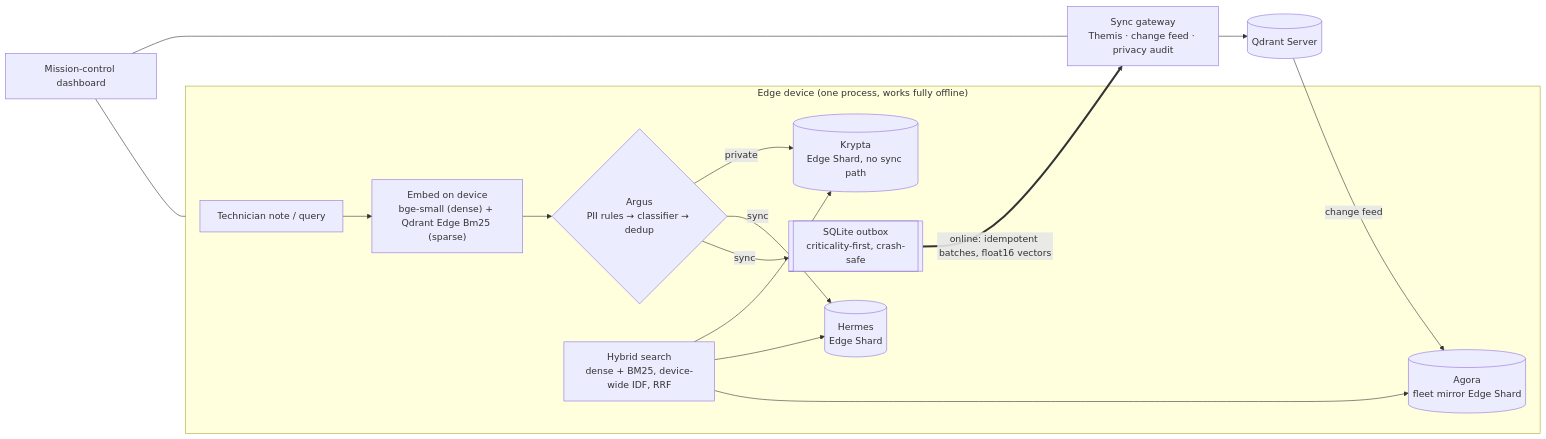
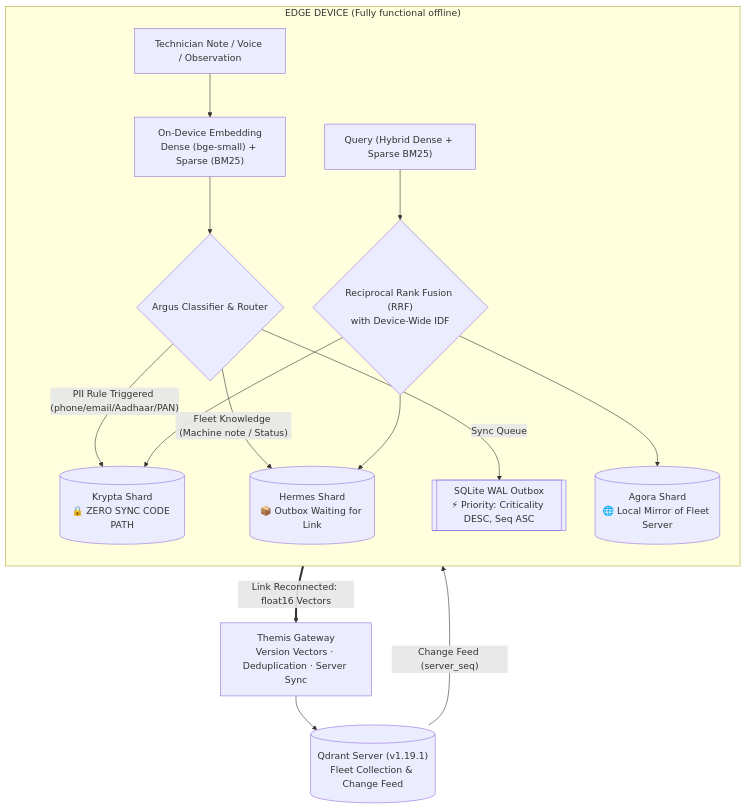
Before and after one commit to SanTiwari07/Smaran: the diagram in README.md, drawn with Mermaid. The commit also changed other lines of this file and 5 other files, not shown here.

````diff
--- a/README.md
+++ b/README.md
@@ -52,17 +56,21 @@
 ```mermaid
-flowchart LR
-  subgraph DEV["Edge device (one process, works fully offline)"]
-    N["Technician note / query"] --> E["Embed on device<br/>bge-small (dense) + Qdrant Edge Bm25 (sparse)"]
-    E --> R{"Argus<br/>PII rules → classifier → dedup"}
-    R -- private --> K[("Krypta<br/>Edge Shard, no sync path")]
-    R -- sync --> H[("Hermes<br/>Edge Shard")]
-    R -- sync --> O[["SQLite outbox<br/>criticality-first, crash-safe"]]
-    A[("Agora<br/>fleet mirror Edge Shard")]
-    S["Hybrid search<br/>dense + BM25, device-wide IDF, RRF"] --> K & H & A
+flowchart TD
+  subgraph EDGE["EDGE DEVICE (Fully functional offline)"]
+    direction TB
+    U["Technician Note / Voice / Observation"] --> E["On-Device Embedding<br/>Dense (bge-small) + Sparse (BM25)"]
+    E --> A{"Argus Classifier & Router"}
+    
+    A -- "PII Rule Triggered (phone/email/Aadhaar/PAN)" --> K[("Krypta Shard<br/>🔒 ZERO SYNC CODE PATH")]
+    A -- "Fleet Knowledge (Machine note / Status)" --> H[("Hermes Shard<br/>📦 Outbox Waiting for Link")]
+    A -- "Sync Queue" --> O[["SQLite WAL Outbox<br/>⚡ Priority: Criticality DESC, Seq ASC"]]
+    
+    M[("Agora Shard<br/>🌐 Local Mirror of Fleet Server")]
+    
+    Q["Query (Hybrid Dense + Sparse BM25)"] --> F{"Reciprocal Rank Fusion (RRF)<br/>with Device-Wide IDF"}
+    F --> K & H & M
   end
-  O == "online: idempotent batches, float16 vectors" ==> G["Sync gateway<br/>Themis · change feed · privacy audit"]
-  G --> Q[("Qdrant Server")]
-  Q -- "change feed" --> A
-  D["Mission-control dashboard"] --- DEV
-  D --- G
+
+  O == "Link Reconnected: float16 Vectors" ==> GW["Themis Gateway<br/>Version Vectors · Deduplication · Server Sync"]
+  GW --> S[("Qdrant Server (v1.19.1)<br/>Fleet Collection & Change Feed")]
+  S -- "Change Feed (server_seq)" --> M
 ```
````
